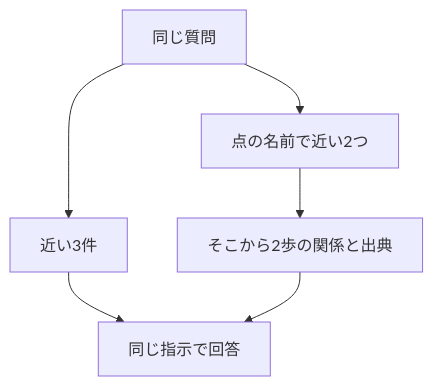
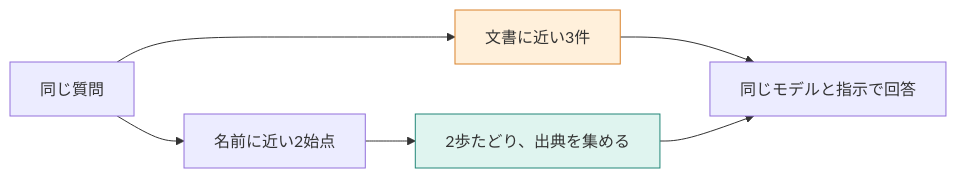
One commit to kouji0705/rag-study changed the diagram in books/cd019af39edb03/16-compare.md. Above: the diagram before and after it, drawn with Mermaid. The commit also changed other lines of this file and 1 other file, not shown here.

````diff
--- a/books/cd019af39edb03/16-compare.md
+++ b/books/cd019af39edb03/16-compare.md
@@ -13,8 +7,10 @@
 ```mermaid
-flowchart TD
-    Q["同じ質問"] --> V["近い3件"]
-    Q --> N["点の名前で近い2つ"]
-    N --> G["そこから2歩の関係と出典"]
-    V --> A["同じ指示で回答"]
+flowchart LR
+    Q["同じ質問"] --> V["文書に近い3件"]
+    Q --> N["名前に近い2始点"]
+    N --> G["2歩たどり、出典を集める"]
+    V --> A["同じモデルと指示で回答"]
     G --> A
+    style V fill:#fff0db,stroke:#d9822b
+    style G fill:#dff4ef,stroke:#228678
 ```
````
